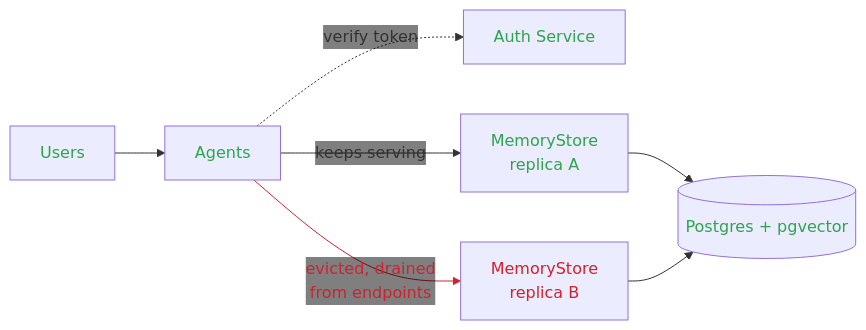
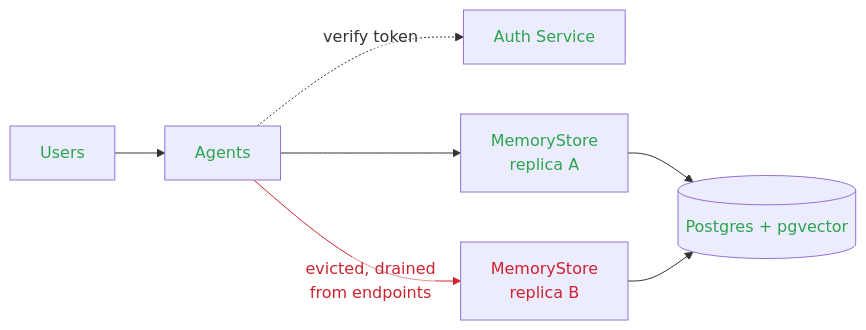
The fourth of 8 diagrams in memory/blog/BLOGPOST_DRAFT_PART_3.md (axsaucedo/kaos-adrs), drawn with Mermaid before and after one commit. The commit also changed other lines of this file, not shown here.

First line of the commit message:
blog(part3): boxless readable annotations on the failure diagrams, verified by rendering

````diff
--- a/memory/blog/BLOGPOST_DRAFT_PART_3.md
+++ b/memory/blog/BLOGPOST_DRAFT_PART_3.md
@@ -236,16 +236,16 @@
 ```mermaid
-%%{init: {"themeVariables": {"edgeLabelBackground": "transparent"}}}%%
+%%{init: {"themeVariables": {"edgeLabelBackground": "#ffffff00"}}}%%
 flowchart LR
   U["Users"] --> A["Agents"]
   A -.->|"verify token"| AS["Auth Service"]
-  A -->|"keeps serving"| R1["MemoryStore<br/>replica A"]
+  A --> R1["MemoryStore<br/>replica A"]
   A -->|"evicted, drained<br/>from endpoints"| R2["MemoryStore<br/>replica B"]
   R1 --> PG[("Postgres + pgvector")]
   R2 --> PG
   classDef down color:#cf222e;
   classDef warn color:#d4a72c;
   classDef ok color:#2da44e;
   class R2 down;
   class U,AS,A,R1,PG ok;
   linkStyle 3 stroke:#cf222e,color:#cf222e
 ```
````
